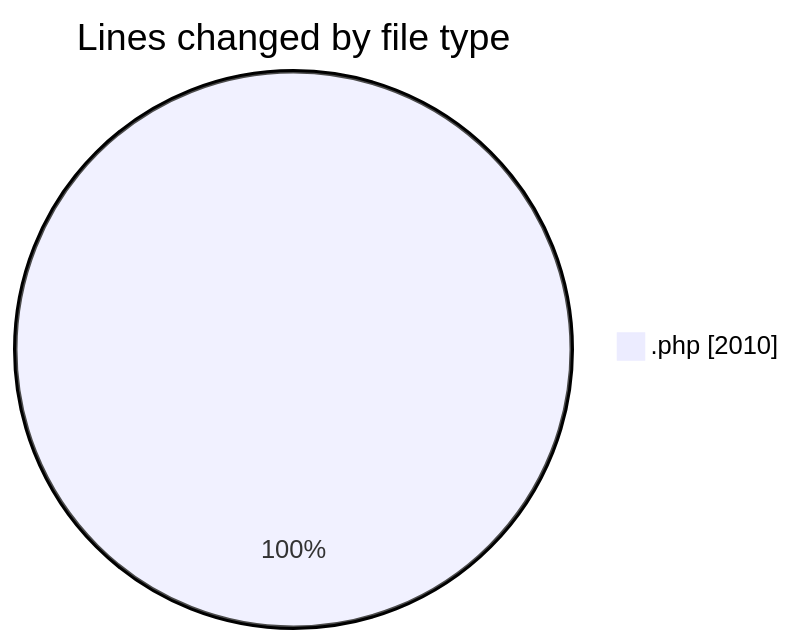
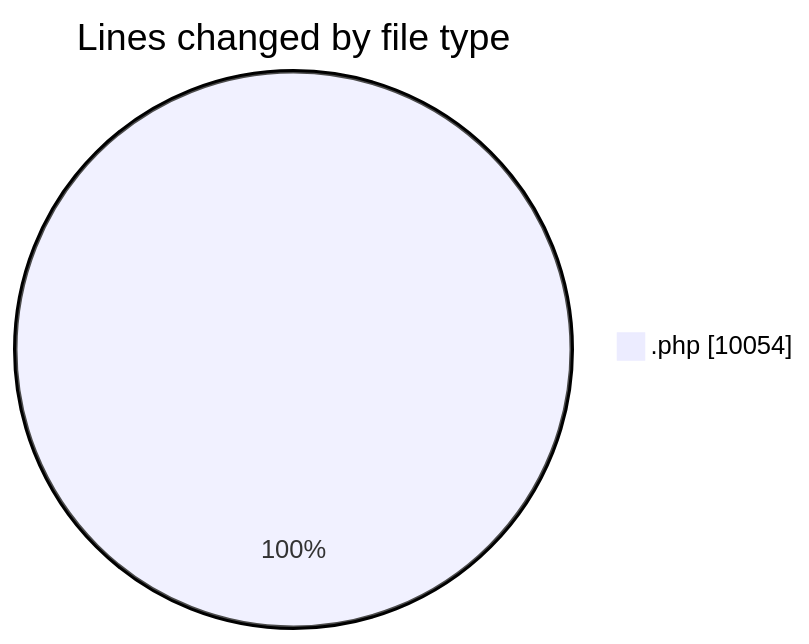
The first of 2 diagrams in 2025-10-04/shop/README.md (vahidmafi/code-tracking), drawn with Mermaid before and after one commit. The commit also changed other lines of this file and 1 other file, not shown here.

````diff
--- a/2025-10-04/shop/README.md
+++ b/2025-10-04/shop/README.md
@@ -26,5 +37,5 @@
 ```mermaid
 pie showData
 title Lines changed by file type
-".php" : 2010
+".php" : 10054
 ```
````
